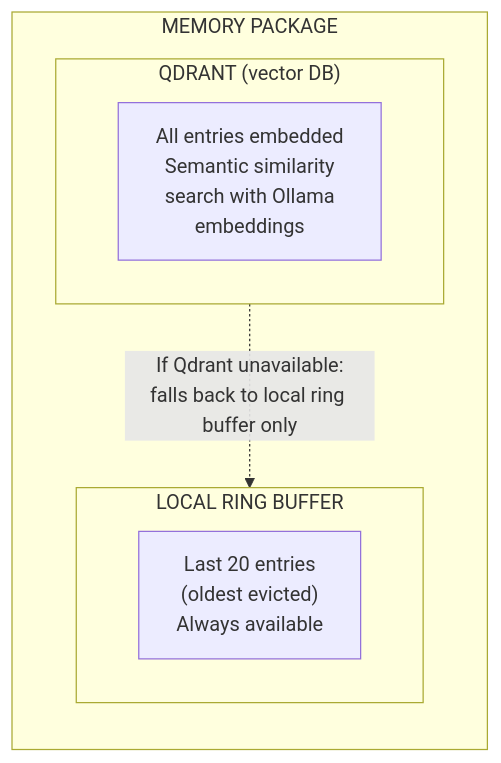
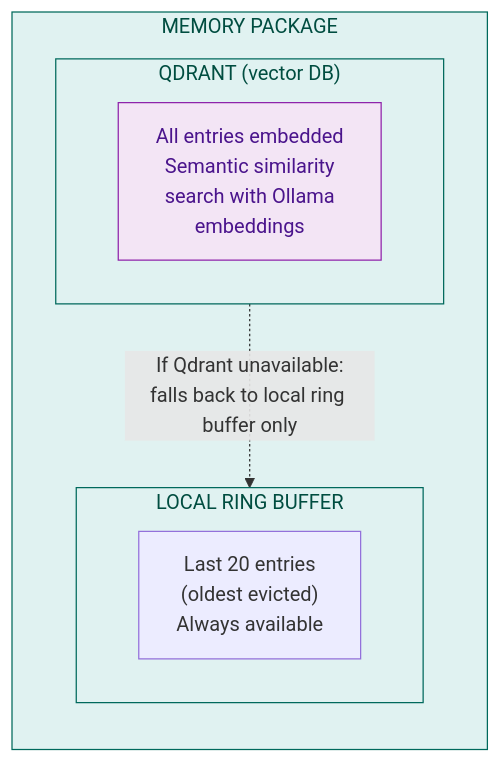
The first of 2 diagrams in docs/packages/memory.md (Guebbit/AI-coding-assistant), drawn with Mermaid before and after one commit. The commit also changed other lines of this file and 54 other files, not shown here.

First line of the commit message:
docs: add mermaid diagrams to quickstart & ollama-notes, color-code all flowcharts

````diff
--- a/docs/packages/memory.md
+++ b/docs/packages/memory.md
@@ -17,12 +17,16 @@
 ```mermaid
 flowchart LR
     subgraph MEMORY["MEMORY PACKAGE"]
         subgraph Ring["LOCAL RING BUFFER"]
             R1["Last 20 entries\n(oldest evicted)\nAlways available"]
         end
         subgraph Qdrant["QDRANT (vector DB)"]
             Q1["All entries embedded\nSemantic similarity\nsearch with Ollama\nembeddings"]
         end
     end
     Qdrant -.->|"If Qdrant unavailable:\nfalls back to local ring buffer only"| Ring
+    style MEMORY fill:#e0f2f1,stroke:#00695c,color:#004d40
+    style Ring fill:#e0f2f1,stroke:#00695c,color:#004d40
+    style Qdrant fill:#e0f2f1,stroke:#00695c,color:#004d40
+    style Q1 fill:#f3e5f5,stroke:#8e24aa,color:#4a148c
 ```
````
